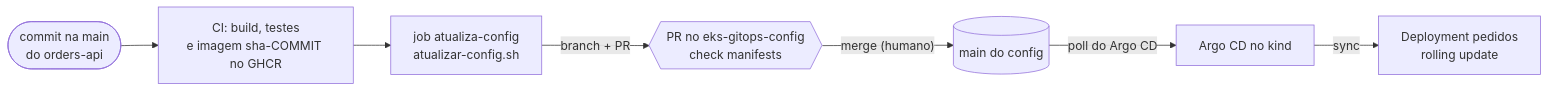
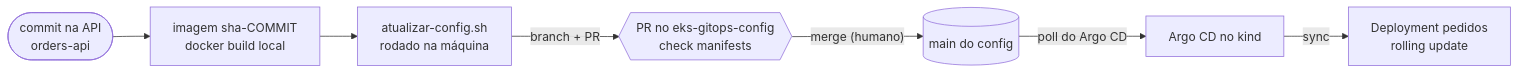
Before and after one commit to heldemfilipe/eks-gitops-platform: the diagram in docs/04-entrega-continua.md, drawn with Mermaid. The commit also changed other lines of this file and 2 other files, not shown here.

Commit message:
docs: remove dependabot e o job do Actions do fluxo da etapa 4

````diff
--- a/docs/04-entrega-continua.md
+++ b/docs/04-entrega-continua.md
@@ -7,9 +7,9 @@
 ```mermaid
 flowchart LR
-  dev([commit na main<br/>do orders-api]) --> ci[CI: build, testes<br/>e imagem sha-COMMIT no GHCR]
-  ci --> job[job atualiza-config<br/>atualizar-config.sh]
+  dev([commit na API<br/>orders-api]) --> img[imagem sha-COMMIT<br/>docker build local]
+  img --> job[atualizar-config.sh<br/>rodado na máquina]
   job -- "branch + PR" --> pr{{PR no eks-gitops-config<br/>check manifests}}
   pr -- "merge (humano)" --> main[(main do config)]
   main -- "poll do Argo CD" --> argo[Argo CD no kind]
   argo -- "sync" --> k8s[Deployment pedidos<br/>rolling update]
 ```
````
